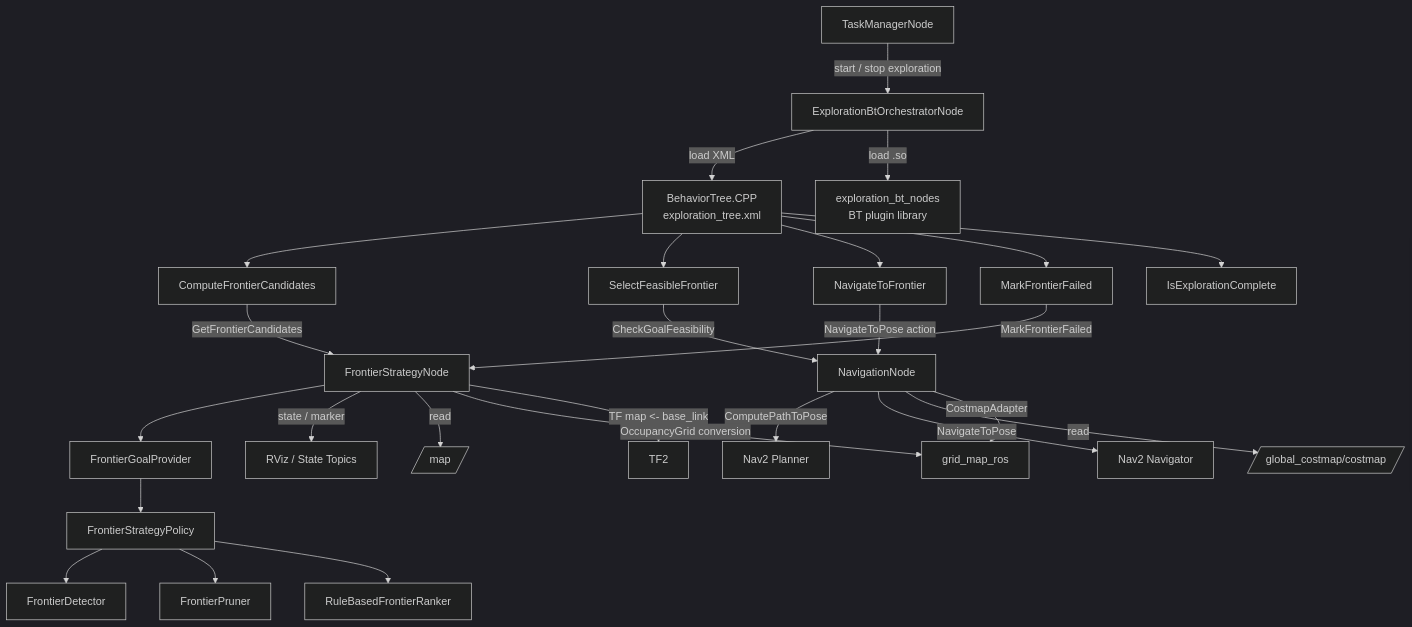
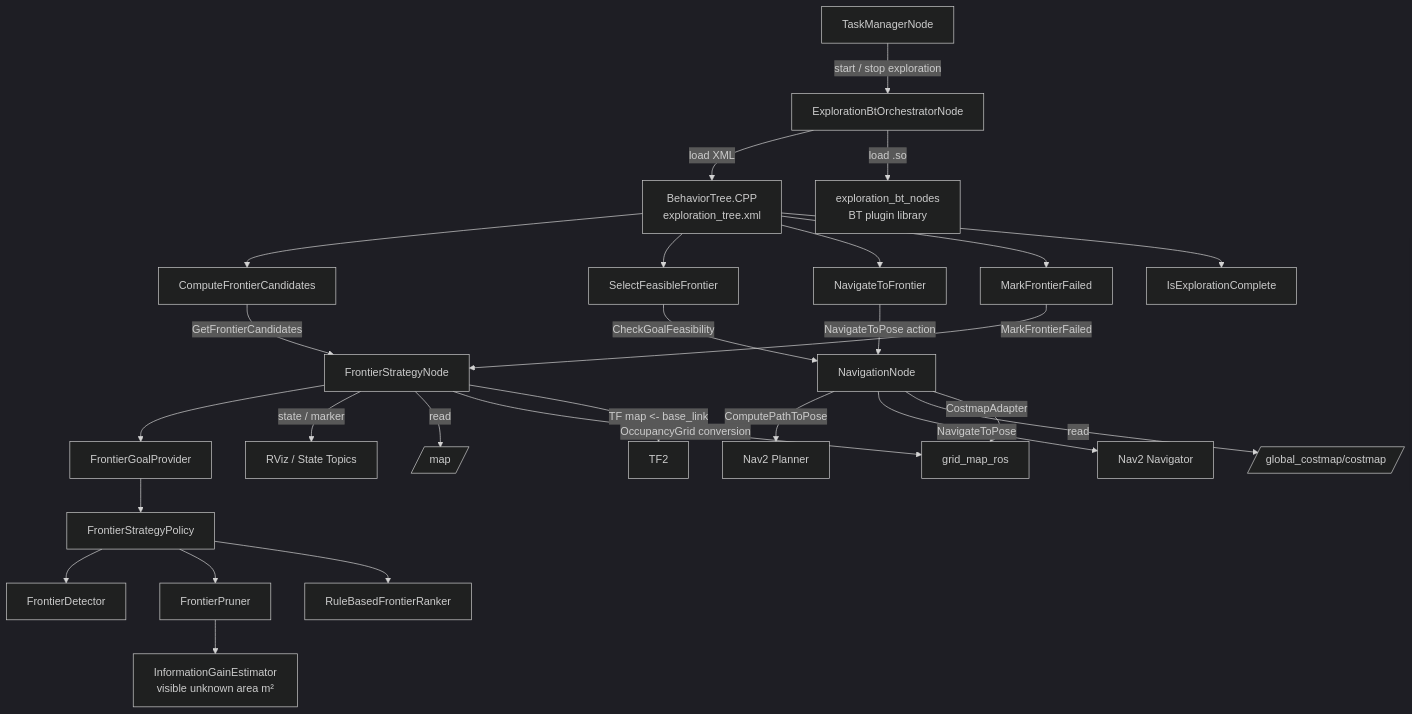
Before and after one commit to UIU8848UJU/autonomous_frontier_explorer: the diagram in src/exploration_nodes/doc/exploration_architecture.md, drawn with Mermaid (dark theme). The commit also changed other lines of this file and 46 other files, not shown here.

````diff
--- a/src/exploration_nodes/doc/exploration_architecture.md
+++ b/src/exploration_nodes/doc/exploration_architecture.md
@@ -16,30 +16,31 @@
 ```mermaid
 flowchart TD
     TM[TaskManagerNode] -->|start / stop exploration| BTO[ExplorationBtOrchestratorNode]
     BTO -->|load XML| BT[BehaviorTree.CPP<br/>exploration_tree.xml]
     BTO -->|load .so| PLUGINS[exploration_bt_nodes<br/>BT plugin library]
     BT --> CFC[ComputeFrontierCandidates]
     BT --> SFF[SelectFeasibleFrontier]
     BT --> NAVBT[NavigateToFrontier]
     BT --> MFF[MarkFrontierFailed]
     BT --> IEC[IsExplorationComplete]
 
     CFC -->|GetFrontierCandidates| FEN[FrontierStrategyNode]
     MFF -->|MarkFrontierFailed| FEN
     FEN --> FGP[FrontierGoalProvider]
     FGP --> POL[FrontierStrategyPolicy]
     POL --> DET[FrontierDetector]
     POL --> PRN[FrontierPruner]
+    PRN --> IG[InformationGainEstimator<br/>visible unknown area m²]
     POL --> SCR[RuleBasedFrontierRanker]
     FEN -->|state / marker| RVIZ[RViz / State Topics]
 
     SFF -->|CheckGoalFeasibility| NN[NavigationNode]
     NAVBT -->|NavigateToPose action| NN
     NN -->|ComputePathToPose| NAV2P[Nav2 Planner]
     NN -->|NavigateToPose| NAV2N[Nav2 Navigator]
     NN -->|read| GCM[/global_costmap/costmap/]
     FEN -->|read| MAP[/map/]
     FEN -->|OccupancyGrid conversion| GMR[grid_map_ros]
     NN -->|CostmapAdapter| GMR
     FEN -->|TF map <- base_link| TF[TF2]
 ```
````
